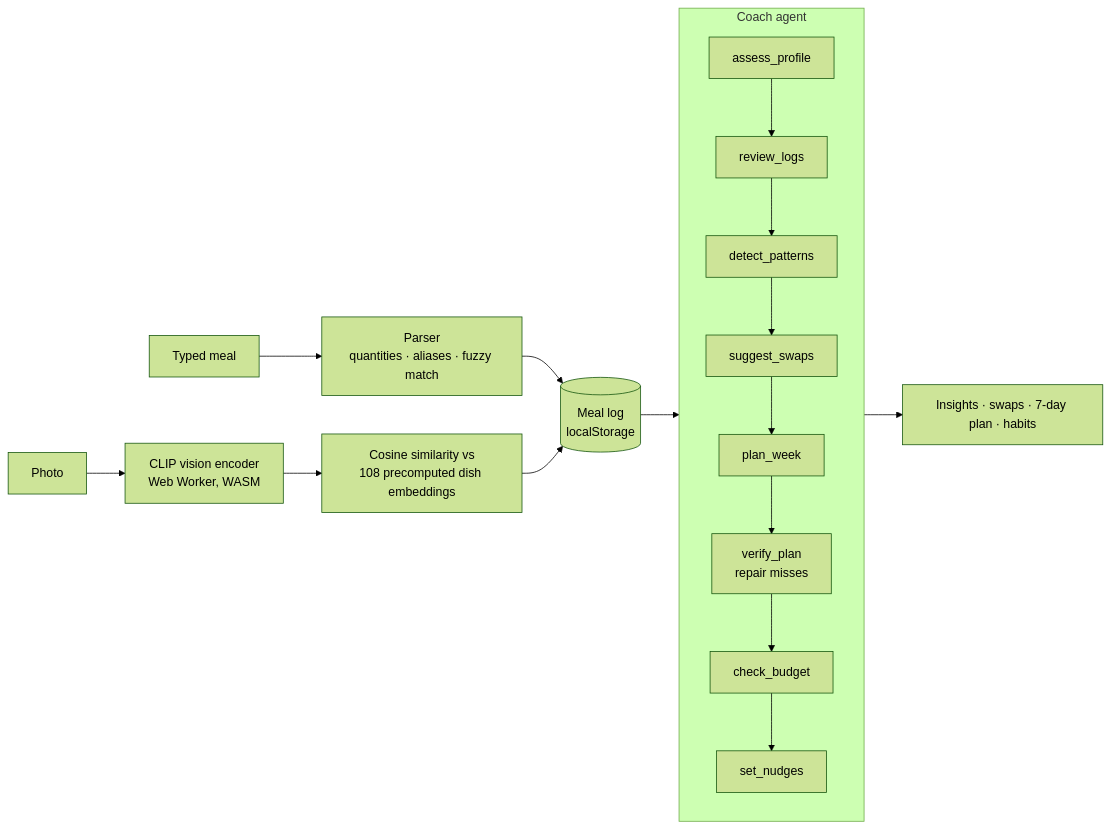
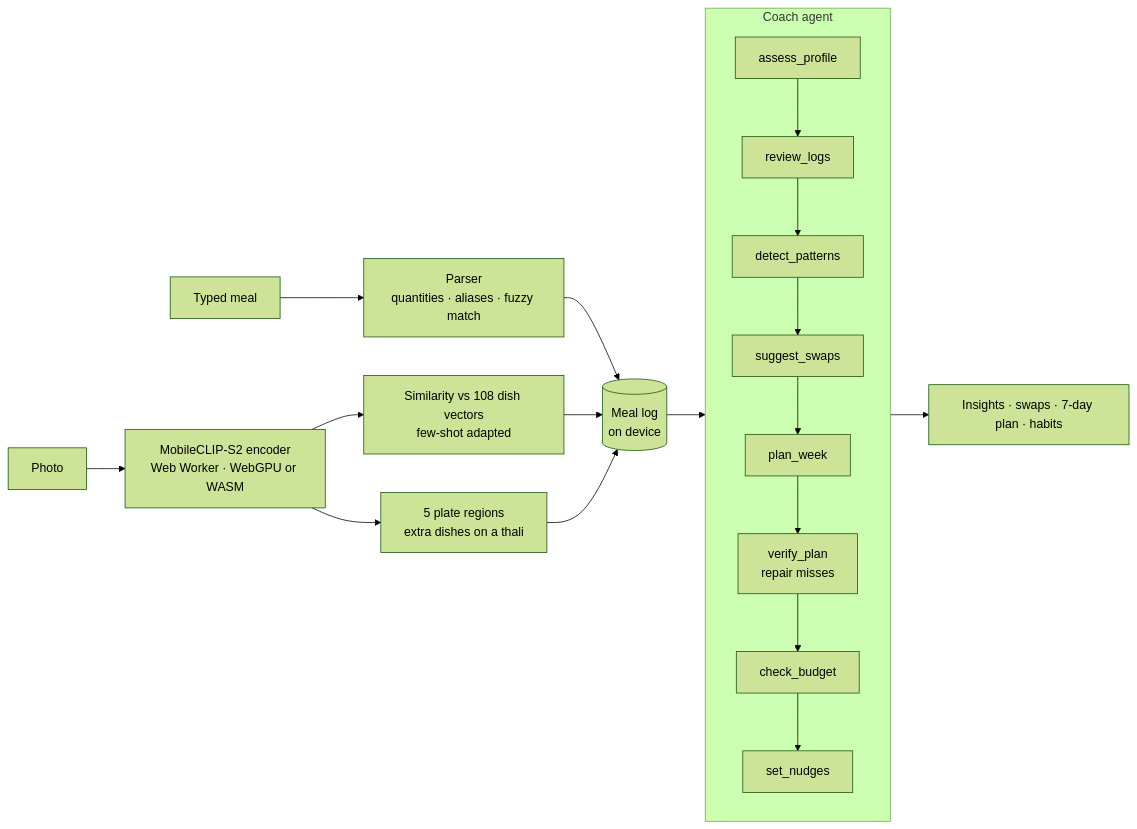
One commit to andringodson/ThaliSense changed the diagram in README.md. Above: the diagram before and after it, drawn with Mermaid (forest theme). The commit also changed other lines of this file and 2 other files, not shown here.

First line of the commit message:
Document the vision model and everything new in the README

````diff
--- a/README.md
+++ b/README.md
@@ -36,15 +38,17 @@
 ```mermaid
 flowchart LR
   T[Typed meal] --> P[Parser<br/>quantities · aliases · fuzzy match]
-  I[Photo] --> V[CLIP vision encoder<br/>Web Worker, WASM]
-  V --> S[Cosine similarity vs<br/>108 precomputed dish embeddings]
-  P --> L[(Meal log<br/>localStorage)]
+  I[Photo] --> V[MobileCLIP-S2 encoder<br/>Web Worker · WebGPU or WASM]
+  V --> S[Similarity vs 108 dish vectors<br/>few-shot adapted]
+  V --> R[5 plate regions<br/>extra dishes on a thali]
+  P --> L[(Meal log<br/>on device)]
   S --> L
+  R --> L
   L --> A
   subgraph A[Coach agent]
     direction TB
     a1[assess_profile] --> a2[review_logs] --> a3[detect_patterns] --> a4[suggest_swaps]
     a4 --> a5[plan_week] --> a6[verify_plan<br/>repair misses] --> a7[check_budget] --> a8[set_nudges]
   end
   A --> O[Insights · swaps · 7-day plan · habits]
 ```
````
